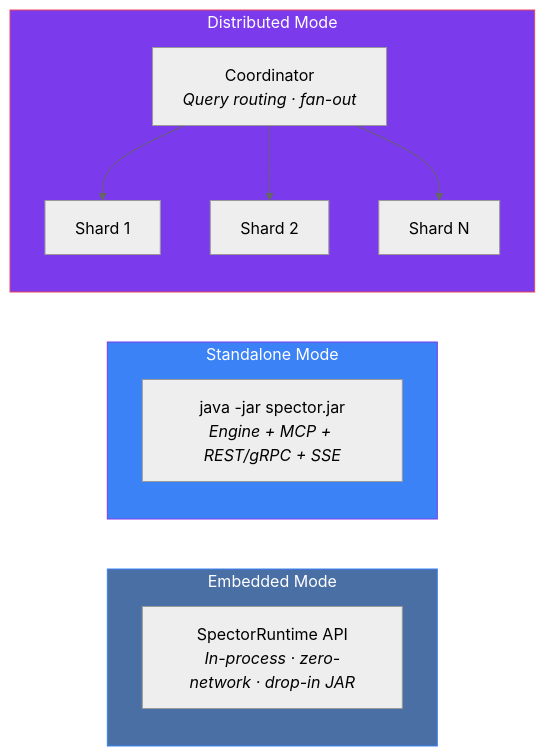
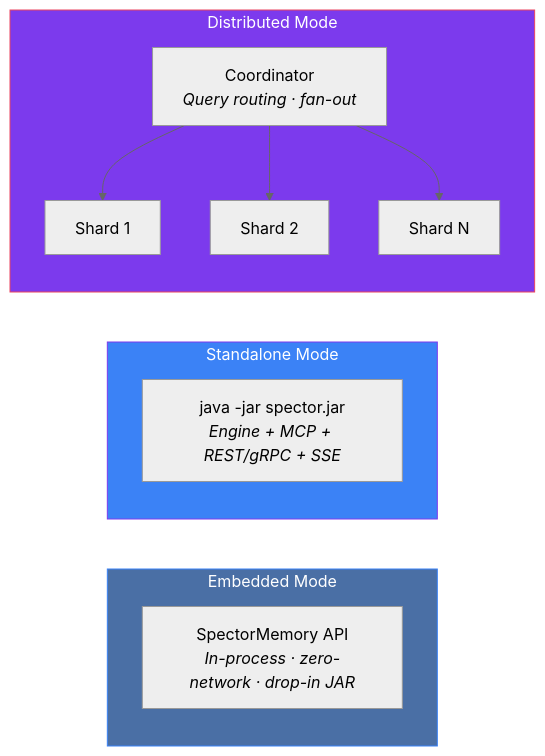
Before and after one commit to spectrayan/spector: the third of 12 diagrams in docs/docs/architecture/overview.md, drawn with Mermaid (neutral theme). The commit also changed other lines of this file and 125 other files, not shown here.

````diff
--- a/docs/docs/architecture/overview.md
+++ b/docs/docs/architecture/overview.md
@@ -135,20 +135,20 @@
 ```mermaid
 graph LR
     subgraph Embedded["Embedded Mode"]
-        lib["SpectorRuntime API<br/><i>In-process · zero-network · drop-in JAR</i>"]
+        lib["SpectorMemory API<br/><i>In-process · zero-network · drop-in JAR</i>"]
     end
 
     subgraph Standalone["Standalone Mode"]
         jar["java -jar spector.jar<br/><i>Engine + MCP + REST/gRPC + SSE</i>"]
     end
 
     subgraph Distributed["Distributed Mode"]
         coord["Coordinator<br/><i>Query routing · fan-out</i>"]
         s1["Shard 1"] & s2["Shard 2"] & s3["Shard N"]
         coord --> s1 & s2 & s3
     end
 
     style Embedded fill:#4a6fa5,stroke:#3b82f6,color:#fff
     style Standalone fill:#3b82f6,stroke:#7c3aed,color:#fff
     style Distributed fill:#7c3aed,stroke:#e94560,color:#fff
 ```
````
